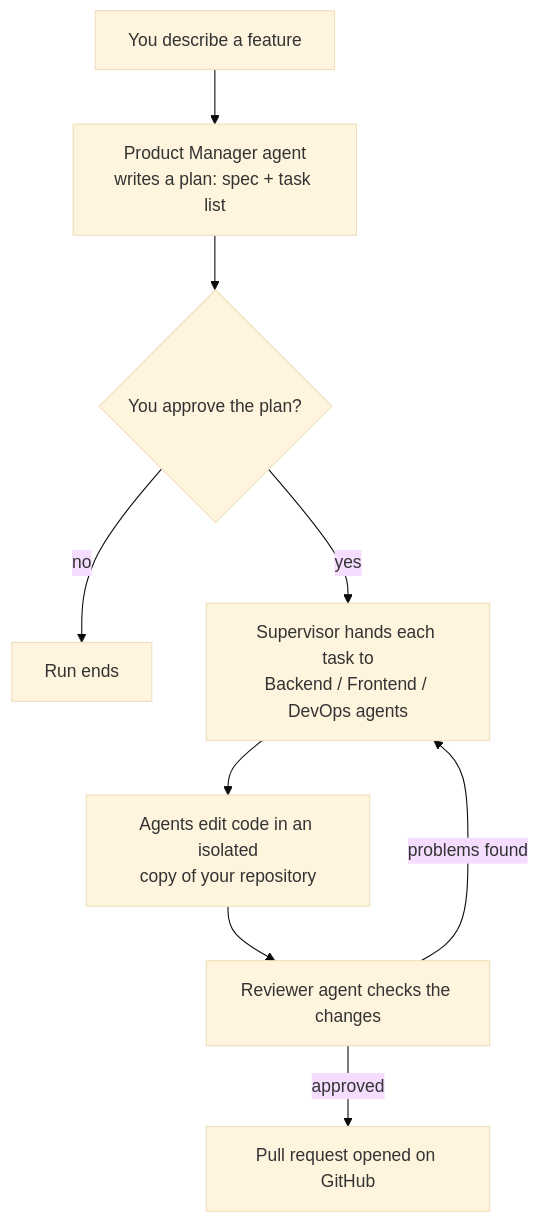
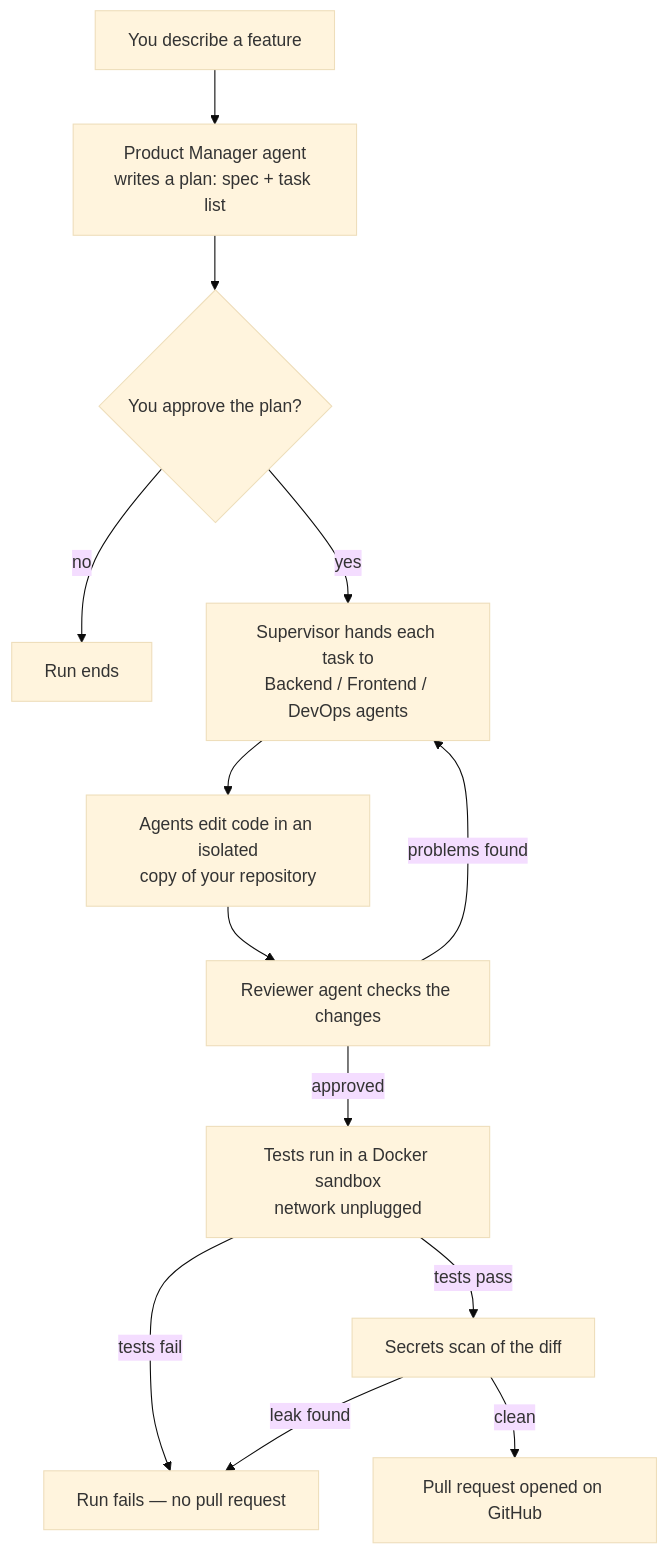
One commit to aayushraj1425/automated-software-engineering-team changed the second of 2 diagrams in docs/HOW_IT_WORKS.md. Above: the diagram before and after it, drawn with Mermaid (base theme). The commit also changed other lines of this file, not shown here.

````diff
--- a/docs/HOW_IT_WORKS.md
+++ b/docs/HOW_IT_WORKS.md
@@ -48,11 +50,15 @@
 ```mermaid
 flowchart TD
     A[You describe a feature] --> B[Product Manager agent<br/>writes a plan: spec + task list]
     B --> C{You approve the plan?}
     C -->|no| X[Run ends]
     C -->|yes| D[Supervisor hands each task to<br/>Backend / Frontend / DevOps agents]
     D --> E[Agents edit code in an isolated<br/>copy of your repository]
     E --> F[Reviewer agent checks the changes]
     F -->|problems found| D
-    F -->|approved| G[Pull request opened on GitHub]
+    F -->|approved| S[Tests run in a Docker sandbox<br/>network unplugged]
+    S -->|tests fail| X2[Run fails — no pull request]
+    S -->|tests pass| SEC[Secrets scan of the diff]
+    SEC -->|leak found| X2
+    SEC -->|clean| G[Pull request opened on GitHub]
 ```
````
